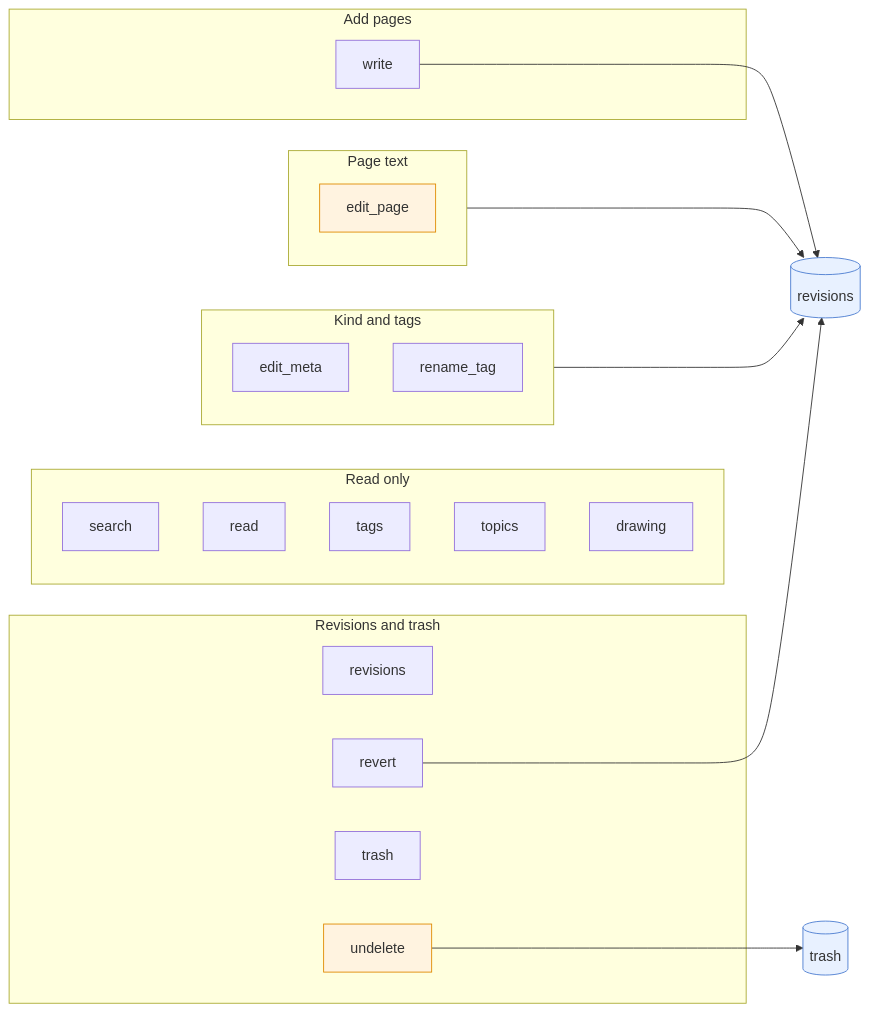
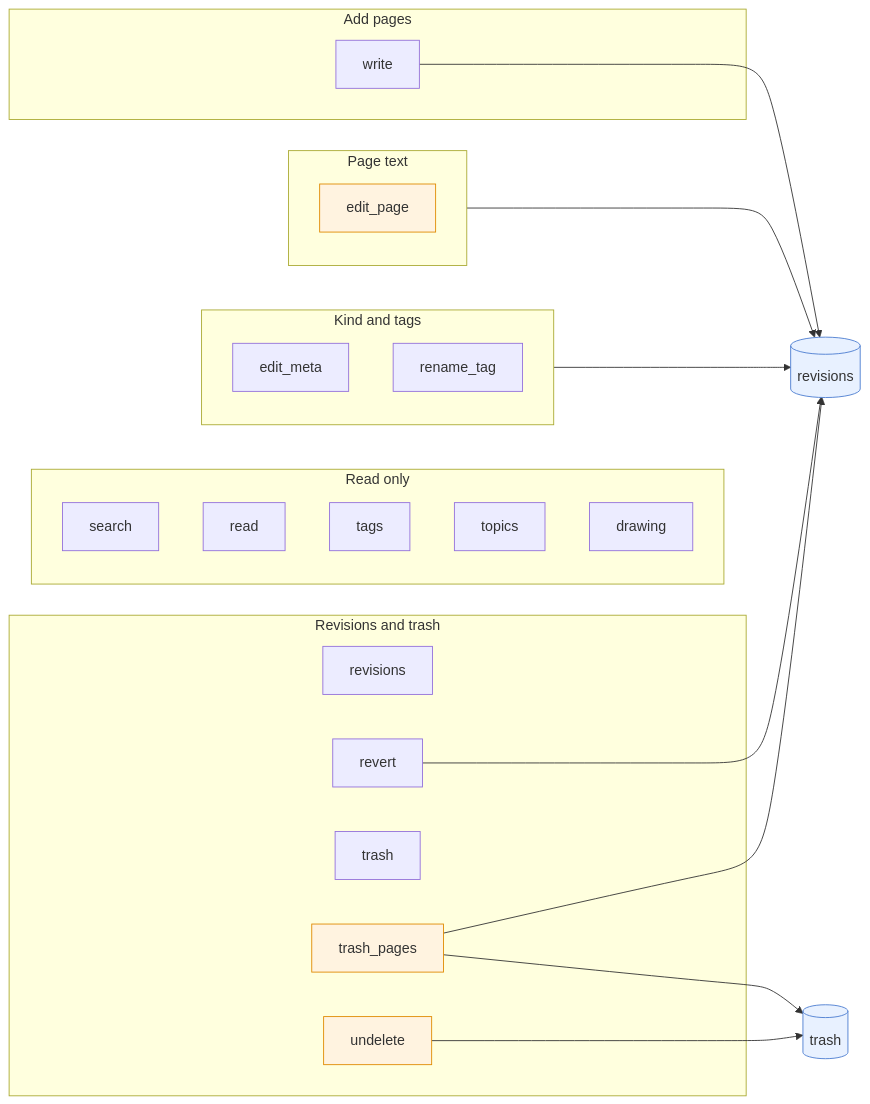
Before and after one commit to gilesknap/scrap: the second of 4 diagrams in docs/explanations/architecture/mcp-and-access.md, drawn with Mermaid. The commit also changed other lines of this file and 20 other files, not shown here.

First line of the commit message:
MCP: let Claude move pages to the trash (soft delete)

````diff
--- a/docs/explanations/architecture/mcp-and-access.md
+++ b/docs/explanations/architecture/mcp-and-access.md
@@ -82,35 +82,38 @@
 ```mermaid
 flowchart LR
     subgraph read["Read only"]
         search
         read_["read"]
         tags
         topics
         drawing
     end
     subgraph write["Add pages"]
         write_["write"]
     end
     subgraph meta["Kind and tags"]
         edit_meta
         rename_tag
     end
     subgraph text["Page text"]
         edit_page
     end
     subgraph hist["Revisions and trash"]
         revisions
         revert
         trash
+        trash_pages
         undelete
     end
     write_ --> R[("revisions")]
     meta --> R
     text --> R
     revert --> R
-    undelete --> T[("trash")]
+    trash_pages --> T[("trash")]
+    undelete --> T
+    trash_pages --> R
     classDef store fill:#e8f1ff,stroke:#4a7bd0
     classDef claude fill:#fff3e0,stroke:#e08a00
     class R,T store
-    class edit_page,undelete claude
+    class edit_page,trash_pages,undelete claude
 ```
````
